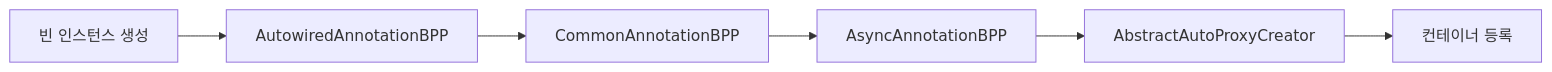
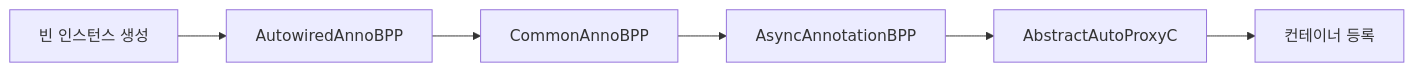
One commit to yjkim2015/yjkim2015.github.io changed the second of 7 diagrams in _posts/spring/2026-05-02-spring-core-advanced.md. Above: the diagram before and after it, drawn with Mermaid. The commit also changed other lines of this file and 245 other files, not shown here.

First line of the commit message:
Mermaid 다이어그램 전면 수정 + 면접 포인트 접기/펼치기 + DB 데드락 페이지

````diff
--- a/_posts/spring/2026-05-02-spring-core-advanced.md
+++ b/_posts/spring/2026-05-02-spring-core-advanced.md
@@ -208,8 +208,8 @@
 ```mermaid
 graph LR
-    A["빈 인스턴스 생성"] --> B["AutowiredAnnotationBPP"]
-    B --> C["CommonAnnotationBPP"]
+    A["빈 인스턴스 생성"] --> B["AutowiredAnnoBPP"]
+    B --> C["CommonAnnoBPP"]
     C --> D["AsyncAnnotationBPP"]
-    D --> E["AbstractAutoProxyCreator"]
+    D --> E["AbstractAutoProxyC"]
     E --> F["컨테이너 등록"]
 ```
````
